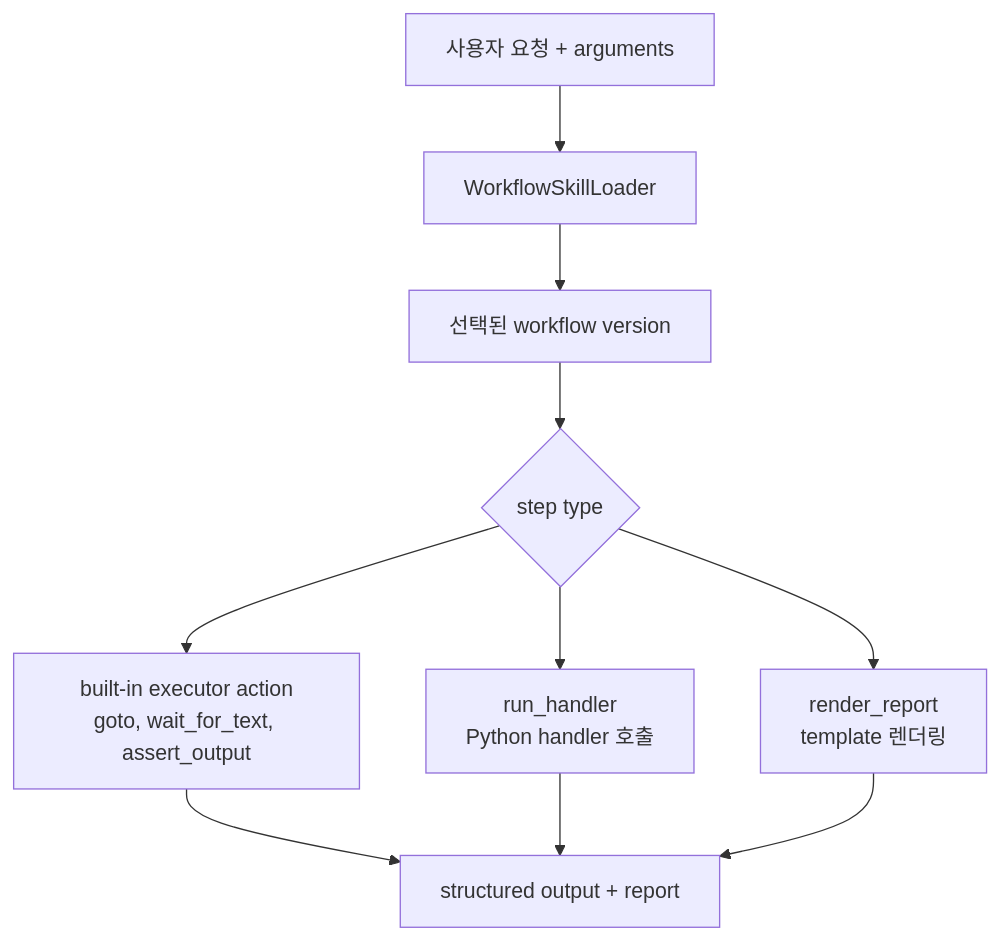
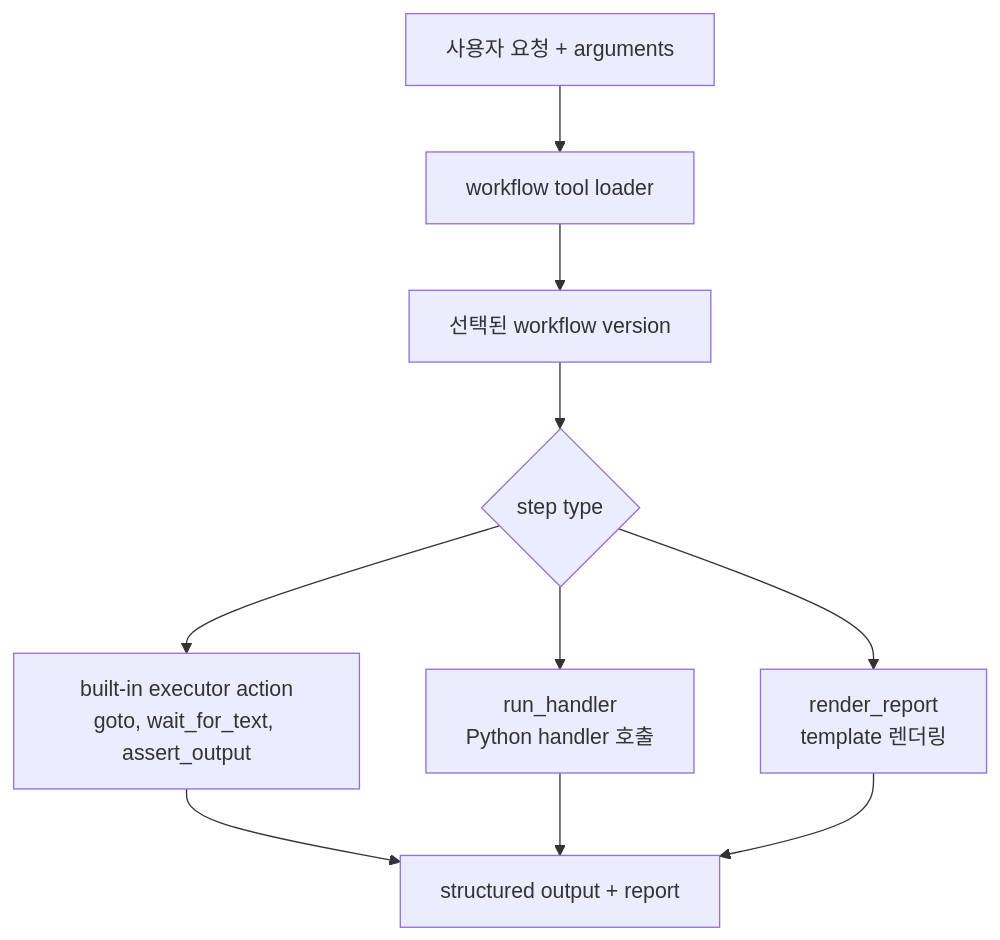
One commit to minguk-jang/spica_at_home changed the second of 6 diagrams in webmcp/docs/WORKFLOWS.md. Above: the diagram before and after it, drawn with Mermaid. The commit also changed other lines of this file and 51 other files, not shown here.

Commit message:
Add workflow tool memory and JS export

````diff
--- a/webmcp/docs/WORKFLOWS.md
+++ b/webmcp/docs/WORKFLOWS.md
@@ -32,21 +34,21 @@
 ```mermaid
 flowchart TD
   Request["사용자 요청 + arguments"]
-  Loader["WorkflowSkillLoader"]
+  Loader["workflow tool loader"]
   Version["선택된 workflow version"]
   Step{"step type"}
   Builtin["built-in executor action<br/>goto, wait_for_text, assert_output"]
   Handler["run_handler<br/>Python handler 호출"]
   Resource["render_report<br/>template 렌더링"]
   Output["structured output + report"]
 
   Request --> Loader
   Loader --> Version
   Version --> Step
   Step --> Builtin
   Step --> Handler
   Step --> Resource
   Builtin --> Output
   Handler --> Output
   Resource --> Output
 ```
````
